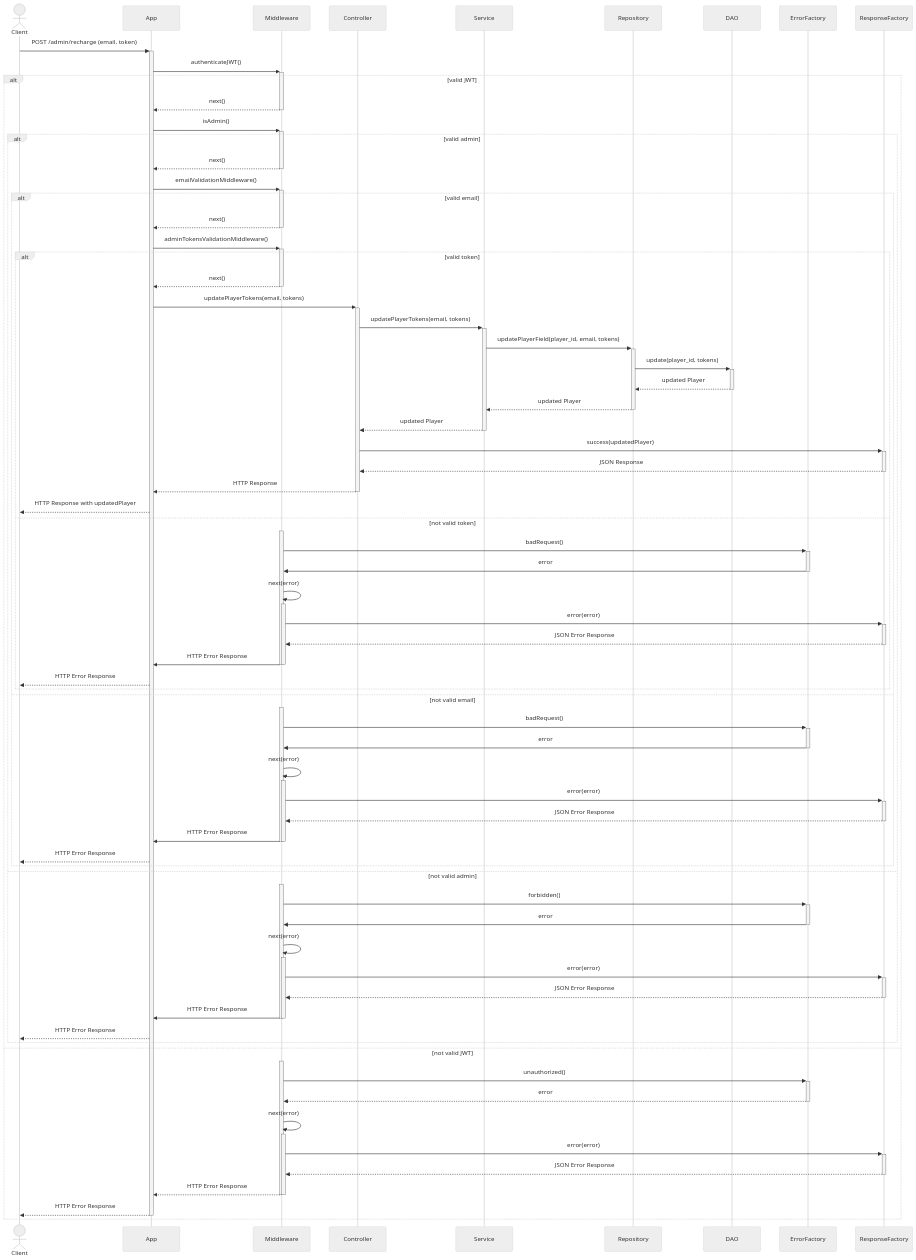
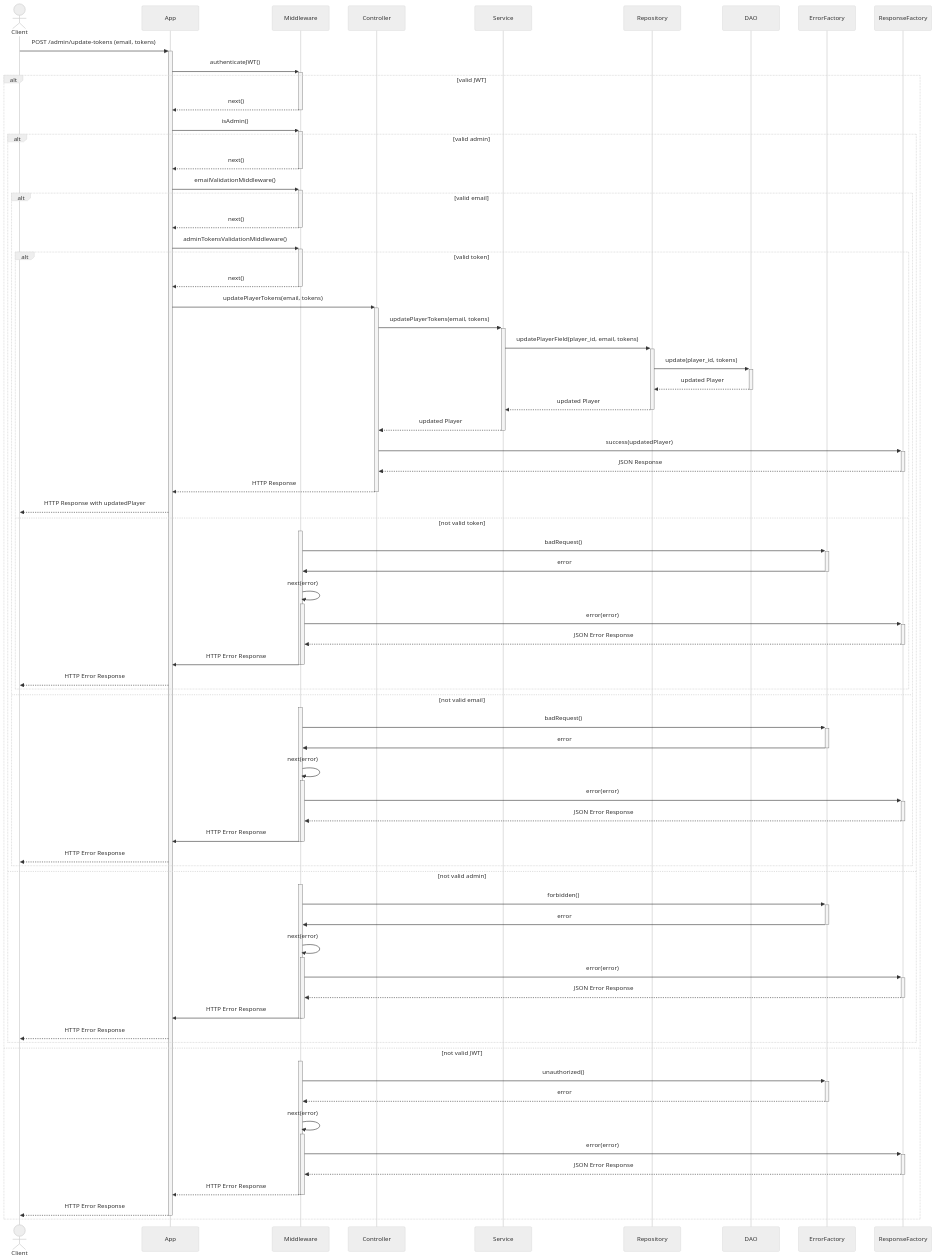
One commit to nicolobartolinii/chess-backend changed the second of 7 diagrams in README.md. Above: the diagram before and after it, drawn with Mermaid (neutral theme). The commit also changed other lines of this file and 12 other files, not shown here.

````diff
--- a/README.md
+++ b/README.md
@@ -1783,81 +825,80 @@
 ```mermaid
 sequenceDiagram
     actor Client
     participant App
     participant Middleware
     participant Controller
     participant Service
     participant Repository
     participant DAO
     participant ErrorFactory
     participant ResponseFactory
-
-    Client->>+App: POST /admin/recharge (email, token)
-    App->>+Middleware: authenticateJWT()
+    Client ->>+ App: POST /admin/update-tokens (email, tokens)
+    App ->>+ Middleware: authenticateJWT()
     alt valid JWT
-        Middleware-->>-App: next()
-        App->>+Middleware: isAdmin()
+        Middleware -->>- App: next()
+        App ->>+ Middleware: isAdmin()
         alt valid admin
-            Middleware-->>-App: next()
-            App->>+Middleware: emailValidationMiddleware()
+            Middleware -->>- App: next()
+            App ->>+ Middleware: emailValidationMiddleware()
             alt valid email
-                Middleware-->>-App: next()
-                App->>+Middleware: adminTokensValidationMiddleware()
+                Middleware -->>- App: next()
+                App ->>+ Middleware: adminTokensValidationMiddleware()
                 alt valid token
-                    Middleware-->>-App: next()
-                    App->>+Controller: updatePlayerTokens(email, tokens)
-                    Controller->>+Service: updatePlayerTokens(email, tokens)
-                    Service->>+Repository: updatePlayerField(player_id, email, tokens)
-                    Repository->>+DAO: update(player_id, tokens)
-                    DAO-->>-Repository: updated Player
-                    Repository-->>-Service: updated Player
-                    Service-->>-Controller: updated Player
-                    Controller->>+ResponseFactory: success(updatedPlayer)
-                    ResponseFactory-->>-Controller: JSON Response
-                    Controller-->>-App: HTTP Response
-                    App-->>Client: HTTP Response with updatedPlayer
+                    Middleware -->>- App: next()
+                    App ->>+ Controller: updatePlayerTokens(email, tokens)
+                    Controller ->>+ Service: updatePlayerTokens(email, tokens)
+                    Service ->>+ Repository: updatePlayerField(player_id, email, tokens)
+                    Repository ->>+ DAO: update(player_id, tokens)
+                    DAO -->>- Repository: updated Player
+                    Repository -->>- Service: updated Player
+                    Service -->>- Controller: updated Player
+                    Controller ->>+ ResponseFactory: success(updatedPlayer)
+                    ResponseFactory -->>- Controller: JSON Response
+                    Controller -->>- App: HTTP Response
+                    App -->> Client: HTTP Response with updatedPlayer
                 else not valid token
                     activate Middleware
-                    Middleware->>+ErrorFactory: badRequest()
-                    ErrorFactory->>-Middleware: error
-                    Middleware->>+Middleware: next(error)
-                    Middleware->>+ResponseFactory: error(error)
-                    ResponseFactory-->>-Middleware: JSON Error Response
-                    Middleware->>-App: HTTP Error Response
+                    Middleware ->>+ ErrorFactory: badRequest()
+                    ErrorFactory ->>- Middleware: error
+                    Middleware ->>+ Middleware: next(error)
+                    Middleware ->>+ ResponseFactory: error(error)
+                    ResponseFactory -->>- Middleware: JSON Error Response
+                    Middleware ->>- App: HTTP Error Response
                     deactivate Middleware
-                    App-->>Client: HTTP Error Response
+                    App -->> Client: HTTP Error Response
                 end
             else not valid email
                 activate Middleware
-                Middleware->>+ErrorFactory: badRequest()
-                ErrorFactory->>-Middleware: error
-                Middleware->>+Middleware: next(error)
-                Middleware->>+ResponseFactory: error(error)
-                ResponseFactory-->>-Middleware: JSON Error Response
-                Middleware->>-App: HTTP Error Response
+                Middleware ->>+ ErrorFactory: badRequest()
+                ErrorFactory ->>- Middleware: error
+                Middleware ->>+ Middleware: next(error)
+                Middleware ->>+ ResponseFactory: error(error)
+                ResponseFactory -->>- Middleware: JSON Error Response
+                Middleware ->>- App: HTTP Error Response
                 deactivate Middleware
-                App-->>Client: HTTP Error Response
+                App -->> Client: HTTP Error Response
             end
         else not valid admin
             activate Middleware
-            Middleware->>+ErrorFactory: forbidden()
-            ErrorFactory->>-Middleware: error
-            Middleware->>+Middleware: next(error)
-            Middleware->>+ResponseFactory: error(error)
-            ResponseFactory-->>-Middleware: JSON Error Response
-            Middleware->>-App: HTTP Error Response
+            Middleware ->>+ ErrorFactory: forbidden()
+            ErrorFactory ->>- Middleware: error
+            Middleware ->>+ Middleware: next(error)
+            Middleware ->>+ ResponseFactory: error(error)
+            ResponseFactory -->>- Middleware: JSON Error Response
+            Middleware ->>- App: HTTP Error Response
             deactivate Middleware
-            App-->>Client: HTTP Error Response
+            App -->> Client: HTTP Error Response
         end
     else not valid JWT
         activate Middleware
-        Middleware->>+ErrorFactory: unauthorized()
-        ErrorFactory-->>-Middleware: error
-        Middleware->>+Middleware: next(error)
-        Middleware->>+ResponseFactory: error(error)
-        ResponseFactory-->>-Middleware: JSON Error Response
-        Middleware-->>-App: HTTP Error Response
+        Middleware ->>+ ErrorFactory: unauthorized()
+        ErrorFactory -->>- Middleware: error
+        Middleware ->>+ Middleware: next(error)
+        Middleware ->>+ ResponseFactory: error(error)
+        ResponseFactory -->>- Middleware: JSON Error Response
+        Middleware -->>- App: HTTP Error Response
         deactivate Middleware
-        App-->>-Client: HTTP Error Response
+        App -->>- Client: HTTP Error Response
     end
 ```
````
